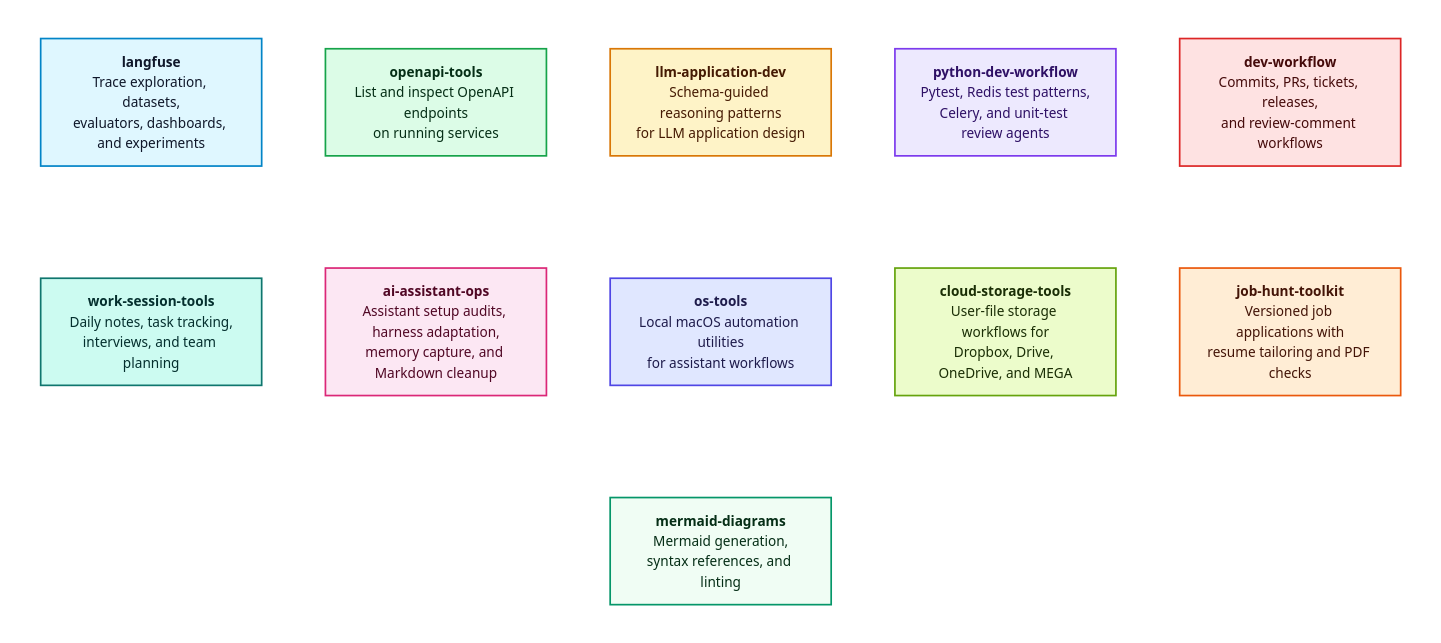
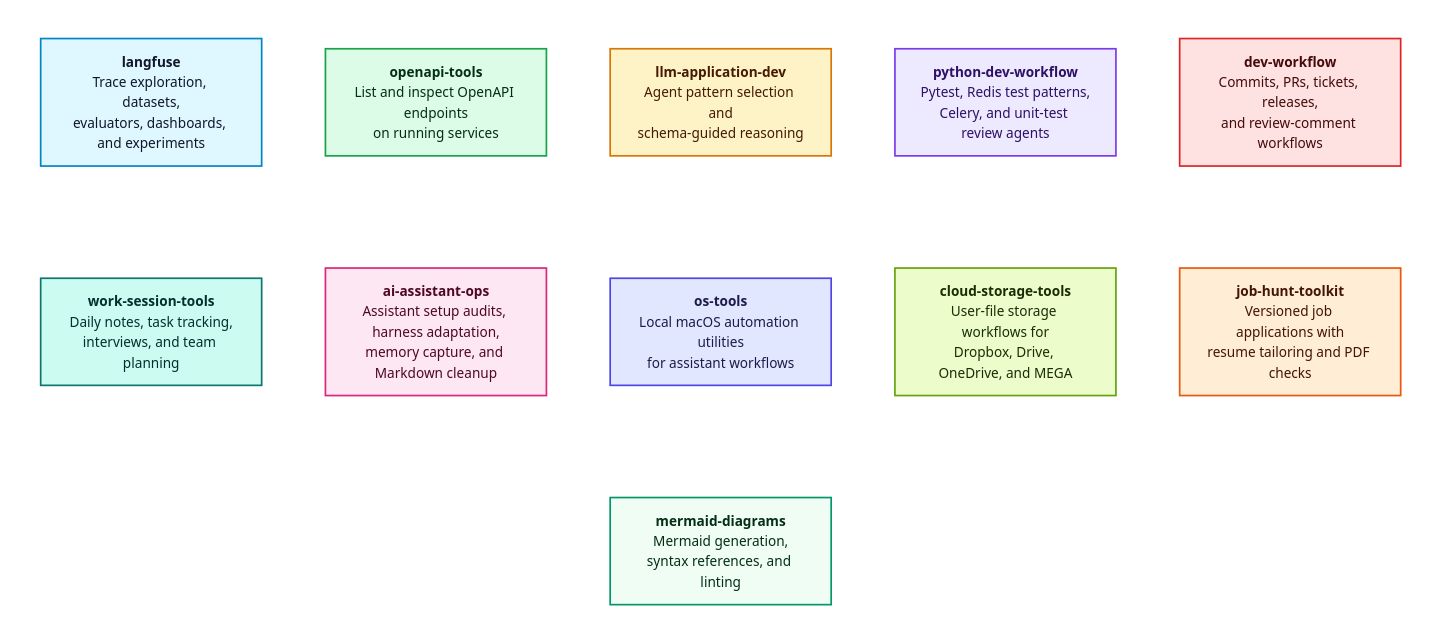
One commit to Alex-Kopylov/zweihander changed the diagram in README.md. Above: the diagram before and after it, drawn with Mermaid. The commit also changed other lines of this file and 8 other files, not shown here.

Commit message:
feat(llm-application-dev): add agent pattern selection skill

````diff
--- a/README.md
+++ b/README.md
@@ -82,68 +82,68 @@
 ```mermaid
 flowchart TB
 
 subgraph RowOne[" "]
   direction LR
   Langfuse["`**langfuse**
   Trace exploration, datasets,
   evaluators, dashboards, and experiments`"]:::langfuse
   OpenAPITools["`**openapi-tools**
   List and inspect OpenAPI endpoints
   on running services`"]:::openapi
   LLMApplicationDev["`**llm-application-dev**
-  Schema-guided reasoning patterns
-  for LLM application design`"]:::llm
+  Agent pattern selection and
+  schema-guided reasoning`"]:::llm
   PythonDevWorkflow["`**python-dev-workflow**
   Pytest, Redis test patterns,
   Celery, and unit-test review agents`"]:::python
   DevWorkflow["`**dev-workflow**
   Commits, PRs, tickets, releases,
   and review-comment workflows`"]:::dev
 end
 
 subgraph RowTwo[" "]
   direction LR
   WorkSessionTools["`**work-session-tools**
   Daily notes, task tracking,
   interviews, and team planning`"]:::session
   AIAssistantOps["`**ai-assistant-ops**
   Assistant setup audits, harness adaptation,
   memory capture, and Markdown cleanup`"]:::ops
   OSTools["`**os-tools**
   Local macOS automation utilities
   for assistant workflows`"]:::os
   CloudStorageTools["`**cloud-storage-tools**
   User-file storage workflows for
   Dropbox, Drive, OneDrive, and MEGA`"]:::storage
   JobHuntToolkit["`**job-hunt-toolkit**
   Versioned job applications with
   resume tailoring and PDF checks`"]:::job
 end
 
 subgraph RowThree[" "]
   direction LR
   MermaidDiagrams["`**mermaid-diagrams**
   Mermaid generation,
   syntax references, and linting`"]:::mermaid
 end
 
 Langfuse ~~~ OpenAPITools ~~~ LLMApplicationDev ~~~ PythonDevWorkflow ~~~ DevWorkflow
 WorkSessionTools ~~~ AIAssistantOps ~~~ OSTools ~~~ CloudStorageTools ~~~ JobHuntToolkit
 RowOne ~~~ RowTwo
 RowTwo ~~~ RowThree
 
 classDef langfuse fill:#dff7ff,stroke:#0284c7,stroke-width:2px,color:#0f172a;
 classDef openapi fill:#dcfce7,stroke:#16a34a,stroke-width:2px,color:#052e16;
 classDef llm fill:#fef3c7,stroke:#d97706,stroke-width:2px,color:#451a03;
 classDef python fill:#ede9fe,stroke:#7c3aed,stroke-width:2px,color:#2e1065;
 classDef dev fill:#fee2e2,stroke:#dc2626,stroke-width:2px,color:#450a0a;
 classDef session fill:#ccfbf1,stroke:#0f766e,stroke-width:2px,color:#042f2e;
 classDef ops fill:#fce7f3,stroke:#db2777,stroke-width:2px,color:#500724;
 classDef os fill:#e0e7ff,stroke:#4f46e5,stroke-width:2px,color:#1e1b4b;
 classDef storage fill:#ecfccb,stroke:#65a30d,stroke-width:2px,color:#1a2e05;
 classDef job fill:#ffedd5,stroke:#ea580c,stroke-width:2px,color:#431407;
 classDef mermaid fill:#f0fdf4,stroke:#059669,stroke-width:2px,color:#052e16;
 style RowOne fill:transparent,stroke:transparent,color:transparent;
 style RowTwo fill:transparent,stroke:transparent,color:transparent;
 style RowThree fill:transparent,stroke:transparent,color:transparent;
 ```
````
